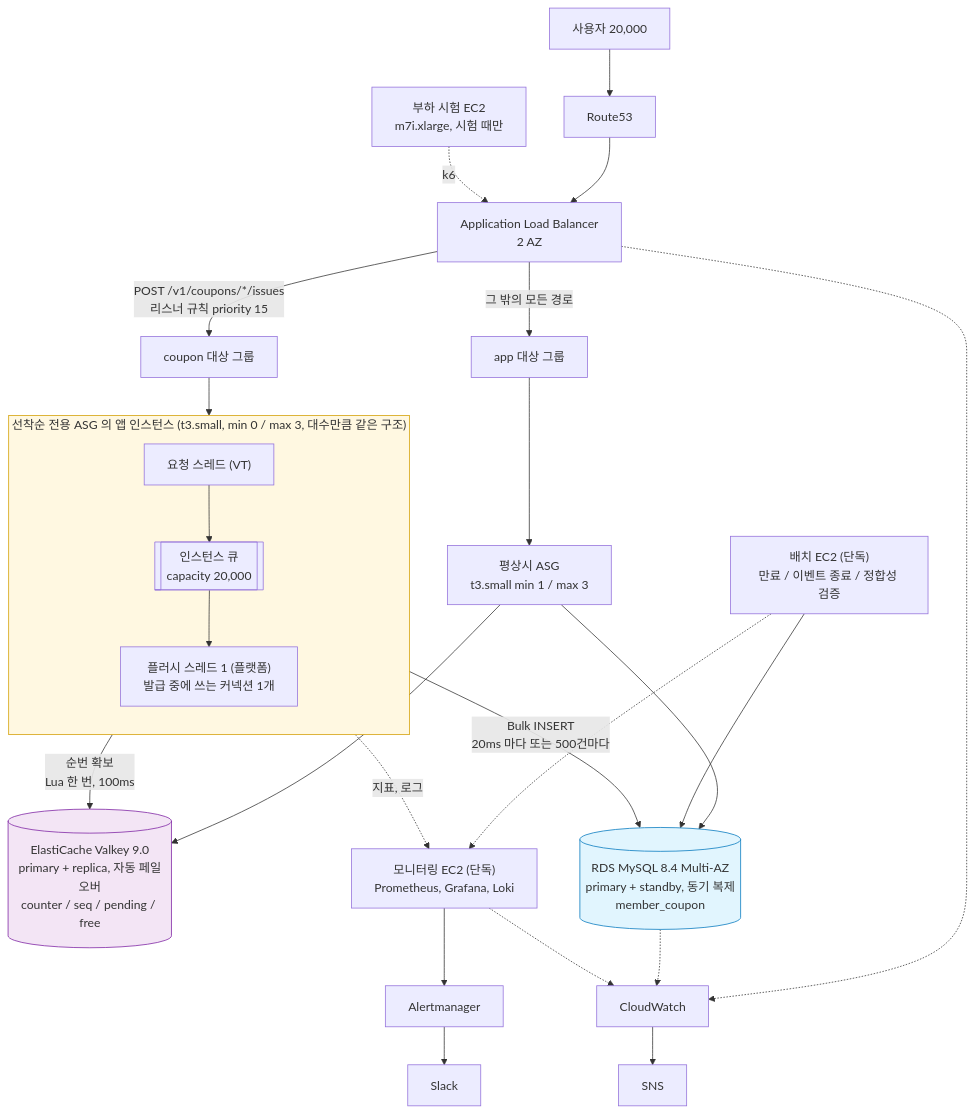
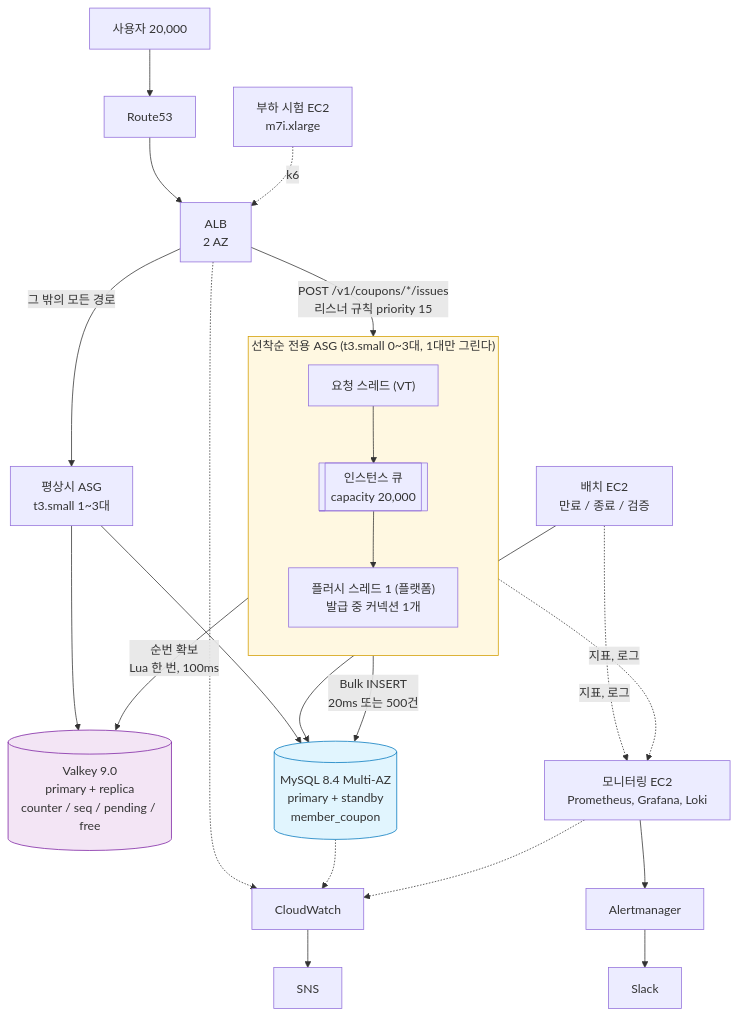
One commit to fresh-market/fm-backend changed the first of 2 diagrams in README.md. Above: the diagram before and after it, drawn with Mermaid. The commit also changed other lines of this file, not shown here.

Commit message:
[Docs] 발급 구조 그림을 줄이고 검증 그림에 300만 건을 되돌린다

````diff
--- a/README.md
+++ b/README.md
@@ -252,38 +252,31 @@
 ```mermaid
 flowchart TB
-    U["사용자 20,000"] --> R53["Route53"]
-    R53 --> ALB["Application Load Balancer<br/>2 AZ"]
+    U["사용자 20,000"] --> R53["Route53"] --> ALB["ALB<br/>2 AZ"]
+    ALB -->|"그 밖의 모든 경로"| ASGA["평상시 ASG<br/>t3.small 1~3대"]
 
-    ALB -->|"POST /v1/coupons/*/issues<br/>리스너 규칙 priority 15"| TGC["coupon 대상 그룹"]
-    ALB -->|"그 밖의 모든 경로"| TGA["app 대상 그룹"]
-    TGA --> ASGA["평상시 ASG<br/>t3.small  min 1 / max 3"]
-
-    subgraph COUPON["선착순 전용 ASG 의 앱 인스턴스 (t3.small, min 0 / max 3, 대수만큼 같은 구조)"]
+    subgraph COUPON["선착순 전용 ASG (t3.small 0~3대, 1대만 그린다)"]
         direction TB
         VT["요청 스레드 (VT)"] --> Q1[["인스턴스 큐<br/>capacity 20,000"]]
-        Q1 --> F1["플러시 스레드 1 (플랫폼)<br/>발급 중에 쓰는 커넥션 1개"]
+        Q1 --> F1["플러시 스레드 1 (플랫폼)<br/>발급 중 커넥션 1개"]
     end
-    TGC --> VT
+    ALB -->|"POST /v1/coupons/*/issues<br/>리스너 규칙 priority 15"| VT
 
-    CACHE[("ElastiCache Valkey 9.0<br/>primary + replica, 자동 페일오버<br/>counter / seq / pending / free")]
-    RDS[("RDS MySQL 8.4 Multi-AZ<br/>primary + standby, 동기 복제<br/>member_coupon")]
+    CACHE[("Valkey 9.0<br/>primary + replica<br/>counter / seq / pending / free")]
+    RDS[("MySQL 8.4 Multi-AZ<br/>primary + standby<br/>member_coupon")]
 
     VT -->|"순번 확보<br/>Lua 한 번, 100ms"| CACHE
-    F1 -->|"Bulk INSERT<br/>20ms 마다 또는 500건마다"| RDS
-    ASGA --> RDS
-    ASGA --> CACHE
+    F1 -->|"Bulk INSERT<br/>20ms 또는 500건"| RDS
+    ASGA --> RDS & CACHE
 
-    BATCH["배치 EC2 (단독)<br/>만료 / 이벤트 종료 / 정합성 검증"] --> RDS
-    MON["모니터링 EC2 (단독)<br/>Prometheus, Grafana, Loki"]
-    LT["부하 시험 EC2<br/>m7i.xlarge, 시험 때만"] -.->|"k6"| ALB
+    BATCH["배치 EC2<br/>만료 / 종료 / 검증"] --> RDS
+    MON["모니터링 EC2<br/>Prometheus, Grafana, Loki"]
+    LT["부하 시험 EC2<br/>m7i.xlarge"] -.->|"k6"| ALB
 
-    COUPON -.->|"지표, 로그"| MON
-    BATCH -.-> MON
+    COUPON & BATCH -.->|"지표, 로그"| MON
     MON --> AM["Alertmanager"] --> SLACK["Slack"]
-    ALB & RDS & MON -.-> CW["CloudWatch"]
-    CW --> SNS["SNS"]
+    ALB & RDS & MON -.-> CW["CloudWatch"] --> SNS["SNS"]
 
     style COUPON fill:#fff8e1,stroke:#d39e00
     style CACHE fill:#f3e5f5,stroke:#7b1fa2
     style RDS fill:#e1f5fe,stroke:#0277bd
 ```
````
